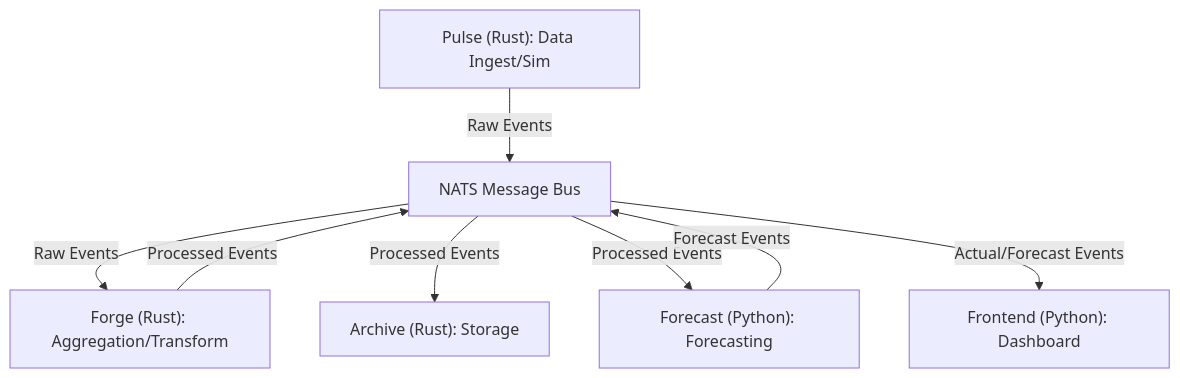
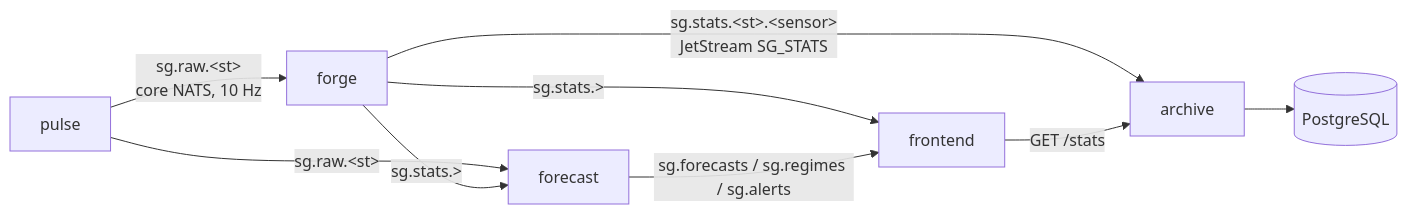
One commit to erdnuz/signalgrid changed the diagram in Architecture.md. Above: the diagram before and after it, drawn with Mermaid. The commit also changed other lines of this file and 44 other files, not shown here.

````diff
--- a/Architecture.md
+++ b/Architecture.md
@@ -71,17 +8,11 @@
 ```mermaid
-graph TD
-    Pulse["Pulse (Rust): Data Ingest/Sim"]
-    Forge["Forge (Rust): Aggregation/Transform"]
-    Archive["Archive (Rust): Storage"]
-    Forecast["Forecast (Python): Forecasting"]
-    Frontend["Frontend (Python): Dashboard"]
-    NATS[NATS Message Bus]
-
-    Pulse -- Raw Events --> NATS
-    NATS -- Raw Events --> Forge
-    Forge -- Processed Events --> NATS
-    NATS -- Processed Events --> Archive
-    NATS -- Processed Events --> Forecast
-    Forecast -- Forecast Events --> NATS
-    NATS -- Actual/Forecast Events --> Frontend
+flowchart LR
+    Pulse["pulse"] -- "sg.raw.&lt;st&gt;<br/>core NATS, 10 Hz" --> Forge["forge"]
+    Pulse -- "sg.raw.&lt;st&gt;" --> Forecast["forecast"]
+    Forge -- "sg.stats.&lt;st&gt;.&lt;sensor&gt;<br/>JetStream SG_STATS" --> Archive["archive"]
+    Forge -- "sg.stats.>" --> Forecast
+    Forge -- "sg.stats.>" --> Frontend["frontend"]
+    Archive --> PG[("PostgreSQL")]
+    Frontend -- "GET /stats" --> Archive
+    Forecast -- "sg.forecasts / sg.regimes / sg.alerts" --> Frontend
 ```
````
